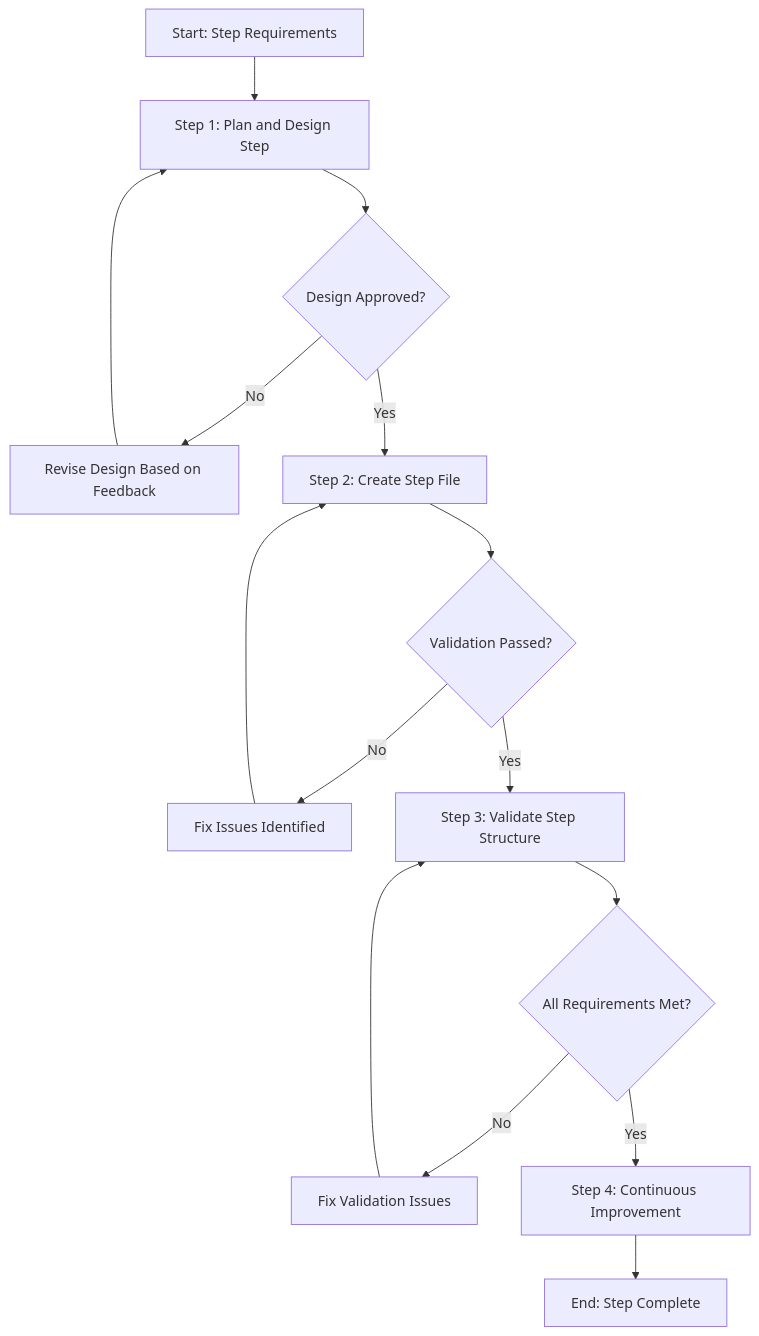
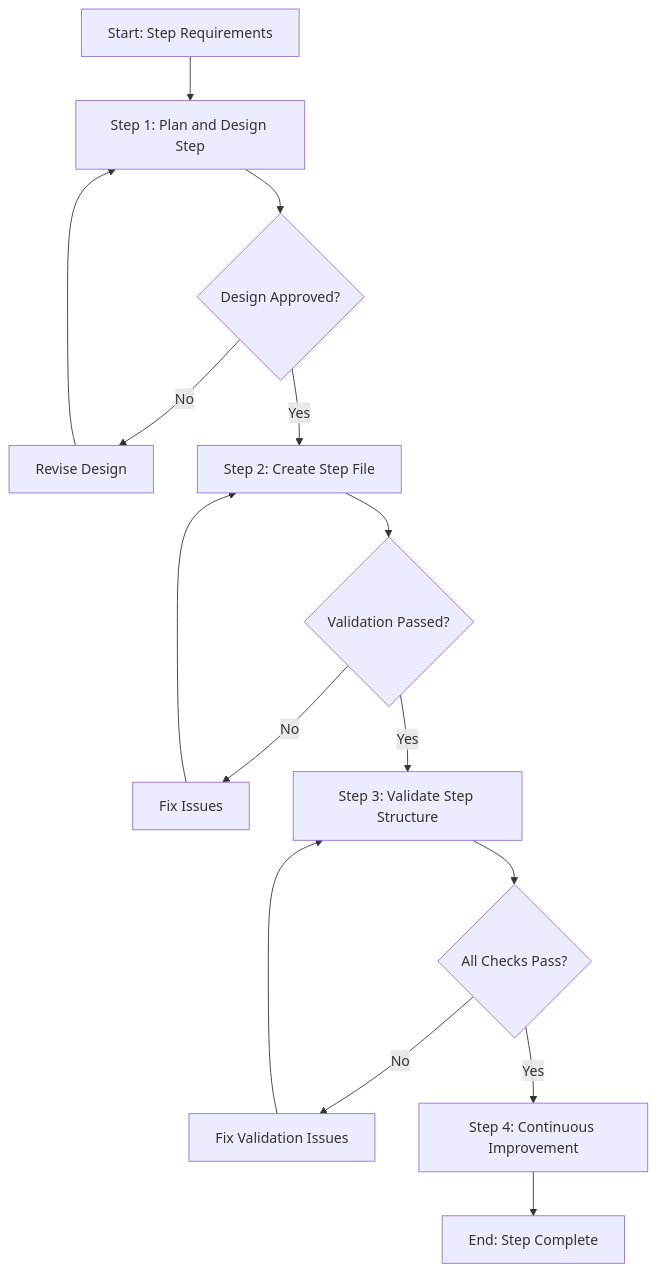
Before and after one commit to HMTools/agentic-processes: the diagram in .processes/templates/infrastructure/create-process-step-template.md, drawn with Mermaid. The commit also changed other lines of this file and 77 other files, not shown here.

First line of the commit message:
Transforms to JSON-first agent architecture

````diff
--- a/.processes/templates/infrastructure/create-process-step-template.md
+++ b/.processes/templates/infrastructure/create-process-step-template.md
@@ -66,17 +31,17 @@
 ```mermaid
 flowchart TD
     A[Start: Step Requirements] --> B[Step 1: Plan and Design Step]
-    B --> B1{Design Approved?}
-    B1 -->|No| B2[Revise Design Based on Feedback]
-    B2 --> B
-    B1 -->|Yes| C[Step 2: Create Step File]
-    C --> C1{Validation Passed?}
-    C1 -->|No| C2[Fix Issues Identified]
-    C2 --> C
-    C1 -->|Yes| D[Step 3: Validate Step Structure]
-    D --> D1{All Requirements Met?}
-    D1 -->|No| D2[Fix Validation Issues]
-    D2 --> D
-    D1 -->|Yes| E[Step 4: Continuous Improvement]
-    E --> F[End: Step Complete]
+    B --> C{Design Approved?}
+    C -->|No| D[Revise Design]
+    D --> B
+    C -->|Yes| E[Step 2: Create Step File]
+    E --> F{Validation Passed?}
+    F -->|No| G[Fix Issues]
+    G --> E
+    F -->|Yes| H[Step 3: Validate Step Structure]
+    H --> I{All Checks Pass?}
+    I -->|No| J[Fix Validation Issues]
+    J --> H
+    I -->|Yes| K[Step 4: Continuous Improvement]
+    K --> L[End: Step Complete]
 ```
````
